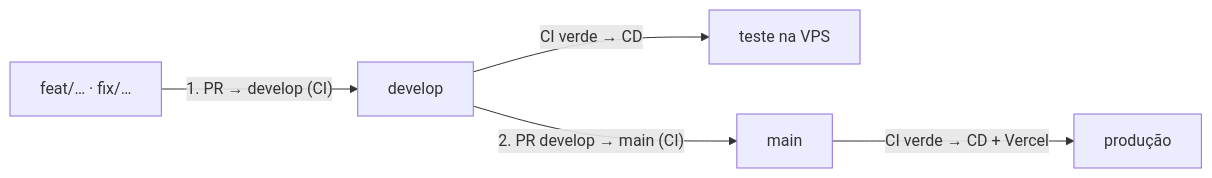
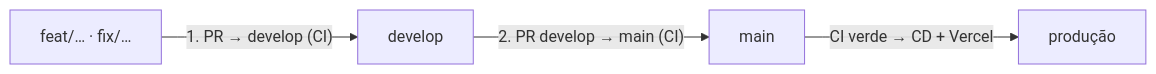
One commit to GabrielGGC18/MidiaComercial changed the first of 2 diagrams in docs/14-DEPLOY-E-OPERACAO.md. Above: the diagram before and after it, drawn with Mermaid. The commit also changed other lines of this file and 2 other files, not shown here.

````diff
--- a/docs/14-DEPLOY-E-OPERACAO.md
+++ b/docs/14-DEPLOY-E-OPERACAO.md
@@ -18,7 +18,6 @@
 ```mermaid
 flowchart LR
     F["feat/… · fix/…"] -->|"1. PR → develop (CI)"| D["develop"]
-    D -->|"CI verde → CD"| T["teste na VPS"]
     D -->|"2. PR develop → main (CI)"| M["main"]
     M -->|"CI verde → CD + Vercel"| P["produção"]
 ```
````
